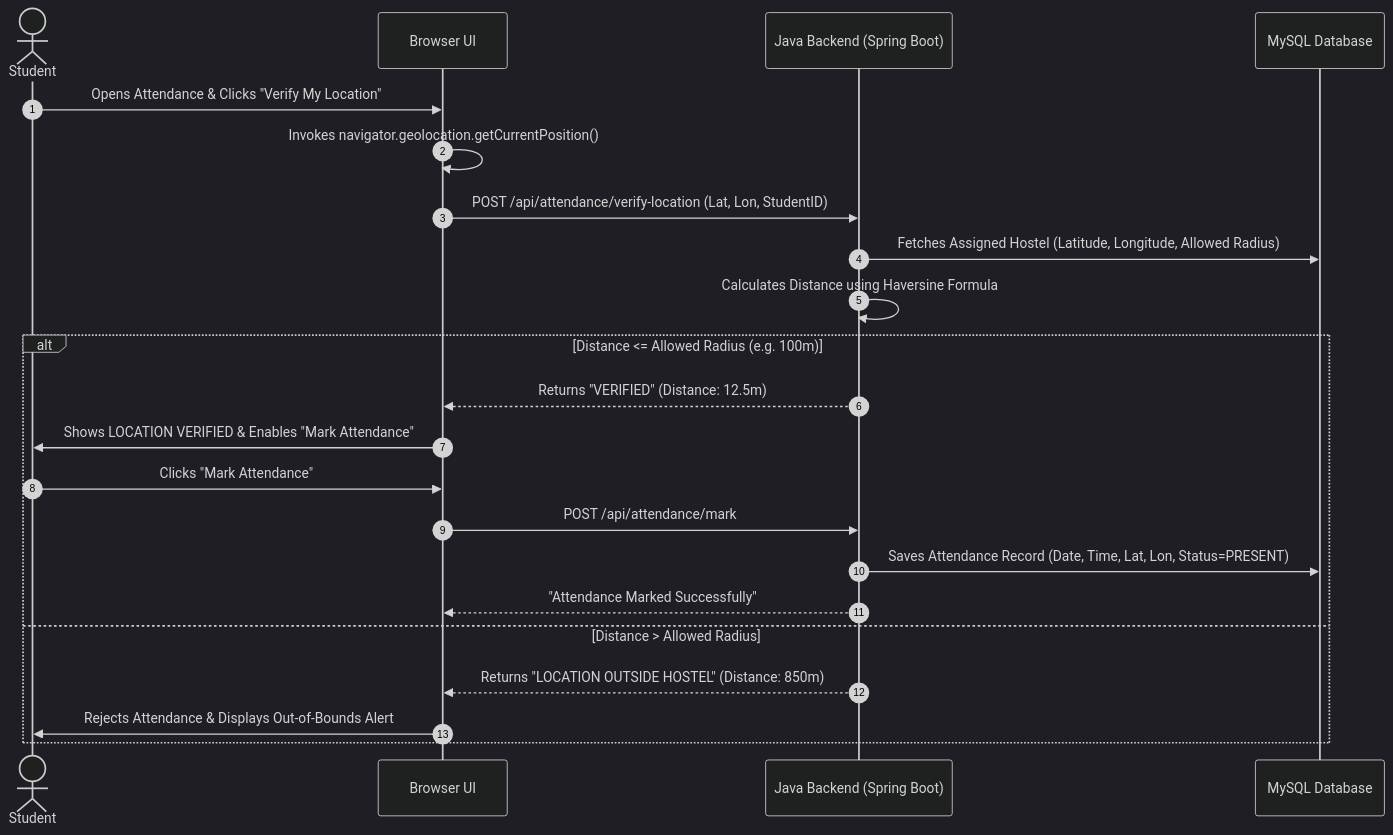
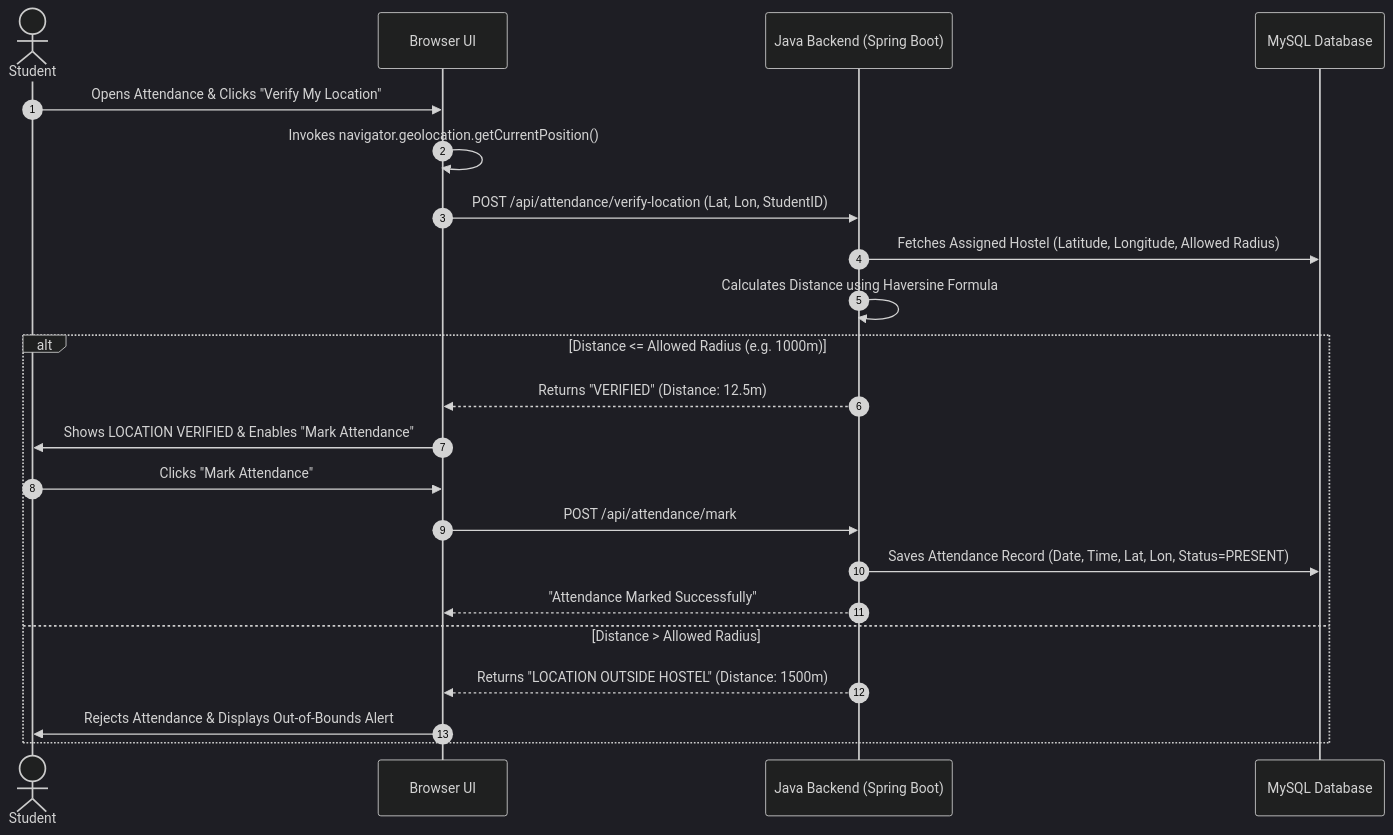
Before and after one commit to sreeharianj7-coder/oops_project: the diagram in README.md, drawn with Mermaid (dark theme). The commit also changed other lines of this file and 18 other files, not shown here.

````diff
--- a/README.md
+++ b/README.md
@@ -98,25 +98,25 @@
 ```mermaid
 sequenceDiagram
     autonumber
     actor Student
     participant Browser as Browser UI
     participant Backend as Java Backend (Spring Boot)
     participant DB as MySQL Database
 
     Student->>Browser: Opens Attendance & Clicks "Verify My Location"
     Browser->>Browser: Invokes navigator.geolocation.getCurrentPosition()
     Browser->>Backend: POST /api/attendance/verify-location (Lat, Lon, StudentID)
     Backend->>DB: Fetches Assigned Hostel (Latitude, Longitude, Allowed Radius)
     Backend->>Backend: Calculates Distance using Haversine Formula
-    alt Distance <= Allowed Radius (e.g. 100m)
+    alt Distance <= Allowed Radius (e.g. 1000m)
         Backend-->>Browser: Returns "VERIFIED" (Distance: 12.5m)
         Browser->>Student: Shows LOCATION VERIFIED & Enables "Mark Attendance"
         Student->>Browser: Clicks "Mark Attendance"
         Browser->>Backend: POST /api/attendance/mark
         Backend->>DB: Saves Attendance Record (Date, Time, Lat, Lon, Status=PRESENT)
         Backend-->>Browser: "Attendance Marked Successfully"
     else Distance > Allowed Radius
-        Backend-->>Browser: Returns "LOCATION OUTSIDE HOSTEL" (Distance: 850m)
+        Backend-->>Browser: Returns "LOCATION OUTSIDE HOSTEL" (Distance: 1500m)
         Browser->>Student: Rejects Attendance & Displays Out-of-Bounds Alert
     end
 ```
````
